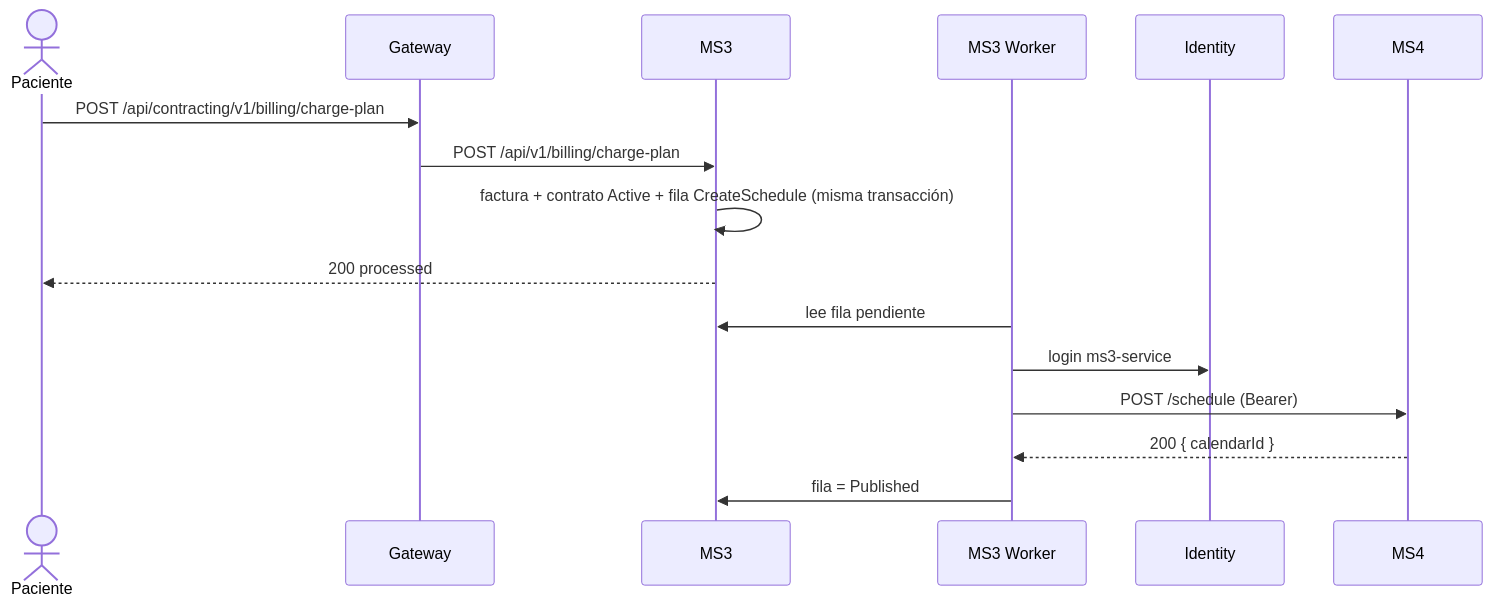
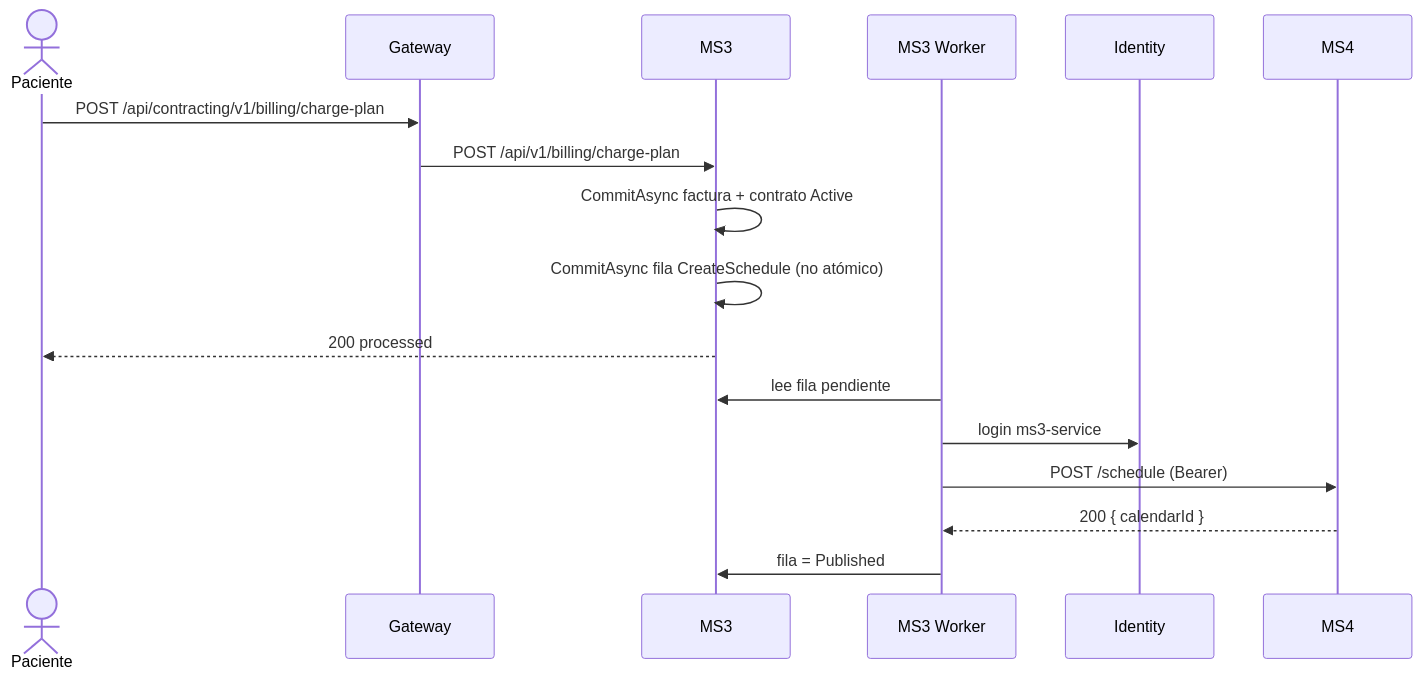
One commit to Nur-tricenter/knowledge changed the second of 4 diagrams in services/ms3-contracting/flows.md. Above: the diagram before and after it, drawn with Mermaid. The commit also changed other lines of this file and 6 other files, not shown here.

````diff
--- a/services/ms3-contracting/flows.md
+++ b/services/ms3-contracting/flows.md
@@ -55,18 +56,19 @@
 ```mermaid
 sequenceDiagram
   actor P as Paciente
   participant GW as Gateway
   participant MS3
   participant W as MS3 Worker
   participant ID as Identity
   participant MS4
   P->>GW: POST /api/contracting/v1/billing/charge-plan
   GW->>MS3: POST /api/v1/billing/charge-plan
-  MS3->>MS3: factura + contrato Active + fila CreateSchedule (misma transacción)
+  MS3->>MS3: CommitAsync factura + contrato Active
+  MS3->>MS3: CommitAsync fila CreateSchedule (no atómico)
   MS3-->>P: 200 processed
   W->>MS3: lee fila pendiente
   W->>ID: login ms3-service
   W->>MS4: POST /schedule (Bearer)
   MS4-->>W: 200 { calendarId }
   W->>MS3: fila = Published
 ```
````
